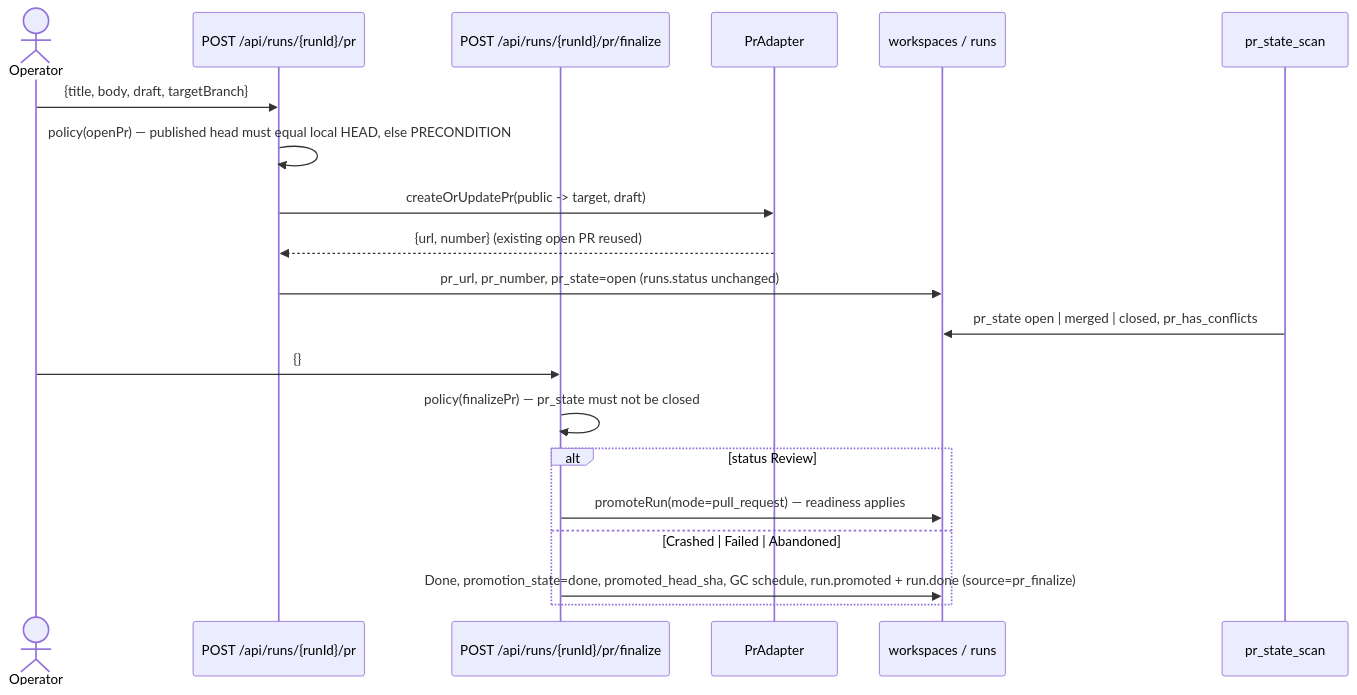
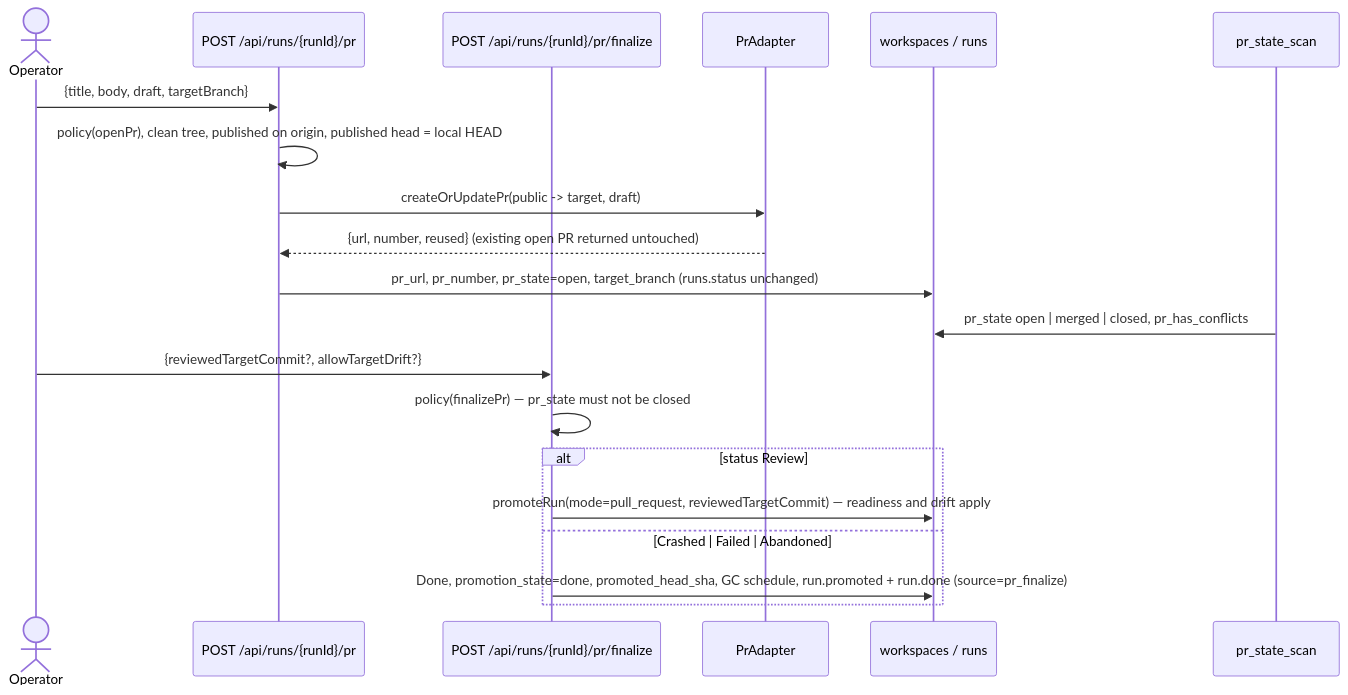
Before and after one commit to maister-dev/maister: the fifth of 6 diagrams in docs/system-analytics/workbench-git.md, drawn with Mermaid. The commit also changed other lines of this file and 19 other files, not shown here.

First line of the commit message:
docs(workbench-git): freeze the ADR-181 contracts (OpenAPI, ERD, taxonomy, screens, RU)

````diff
--- a/docs/system-analytics/workbench-git.md
+++ b/docs/system-analytics/workbench-git.md
@@ -173,22 +193,22 @@
 ```mermaid
 sequenceDiagram
     actor Op as Operator
     participant PR as POST /api/runs/{runId}/pr
     participant Fin as POST /api/runs/{runId}/pr/finalize
     participant PA as PrAdapter
     participant DB as workspaces / runs
     participant Scan as pr_state_scan
     Op->>PR: {title, body, draft, targetBranch}
-    PR->>PR: policy(openPr) — published head must equal local HEAD, else PRECONDITION
+    PR->>PR: policy(openPr), clean tree, published on origin, published head = local HEAD
     PR->>PA: createOrUpdatePr(public -> target, draft)
-    PA-->>PR: {url, number} (existing open PR reused)
-    PR->>DB: pr_url, pr_number, pr_state=open (runs.status unchanged)
+    PA-->>PR: {url, number, reused} (existing open PR returned untouched)
+    PR->>DB: pr_url, pr_number, pr_state=open, target_branch (runs.status unchanged)
     Scan->>DB: pr_state open | merged | closed, pr_has_conflicts
-    Op->>Fin: {}
+    Op->>Fin: {reviewedTargetCommit?, allowTargetDrift?}
     Fin->>Fin: policy(finalizePr) — pr_state must not be closed
     alt status Review
-        Fin->>DB: promoteRun(mode=pull_request) — readiness applies
+        Fin->>DB: promoteRun(mode=pull_request, reviewedTargetCommit) — readiness and drift apply
     else Crashed | Failed | Abandoned
         Fin->>DB: Done, promotion_state=done, promoted_head_sha, GC schedule, run.promoted + run.done (source=pr_finalize)
     end
 ```
````
